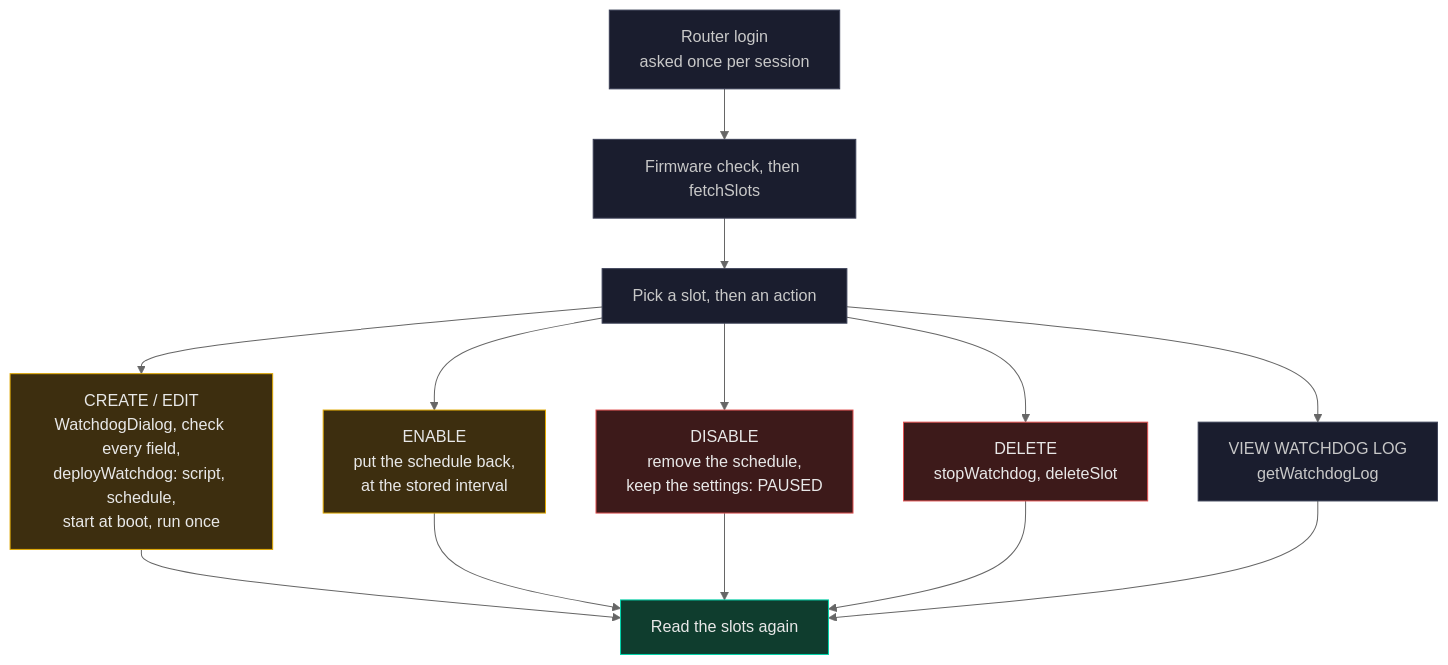
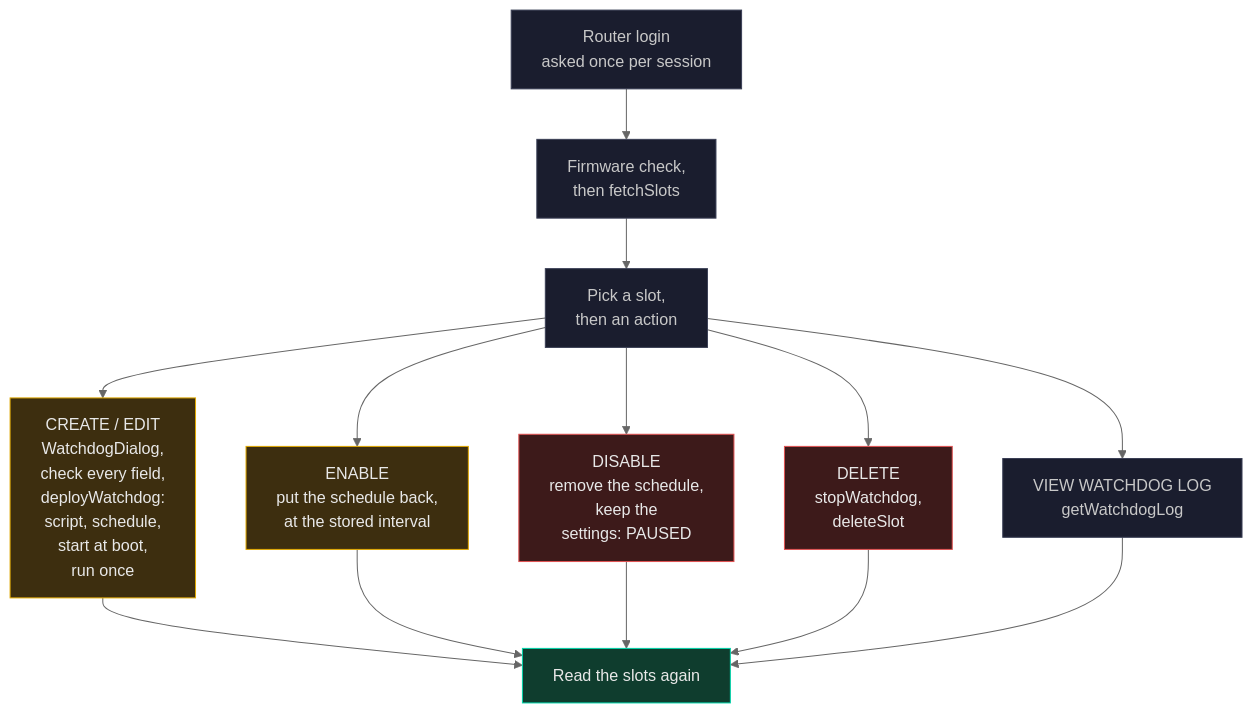
The fourth of 8 diagrams in ARCHITECTURE.md (ExponentiallyDigital/cfg-pia-wg), drawn with Mermaid (neutral theme) before and after one commit. The commit also changed other lines of this file and 18 other files, not shown here.

Commit message:
v0.8.101 build 471 - two windows on the router's DNS, and a removed watchdog stays stopped

````diff
--- a/ARCHITECTURE.md
+++ b/ARCHITECTURE.md
@@ -235,25 +235,25 @@
 ```mermaid
 flowchart TB
-    E1["Router login<br/>asked once per session"] --> E3["Firmware check, then fetchSlots"]
-    E3 --> E5["Pick a slot, then an action"]
-    E5 --> W1["CREATE / EDIT<br/>WatchdogDialog, check every field,<br/>deployWatchdog: script, schedule,<br/>start at boot, run once"]
+    E1["Router login<br/>asked once per session"] --> E3["Firmware check,<br/>then fetchSlots"]
+    E3 --> E5["Pick a slot,<br/>then an action"]
+    E5 --> W1["CREATE / EDIT<br/>WatchdogDialog,<br/>check every field,<br/>deployWatchdog:<br/>script, schedule,<br/>start at boot,<br/>run once"]
     E5 --> W2["ENABLE<br/>put the schedule back,<br/>at the stored interval"]
-    E5 --> W3["DISABLE<br/>remove the schedule,<br/>keep the settings: PAUSED"]
-    E5 --> W4["DELETE<br/>stopWatchdog, deleteSlot"]
+    E5 --> W3["DISABLE<br/>remove the schedule,<br/>keep the<br/>settings: PAUSED"]
+    E5 --> W4["DELETE<br/>stopWatchdog,<br/>deleteSlot"]
     E5 --> W5["VIEW WATCHDOG LOG<br/>getWatchdogLog"]
     W1 --> R["Read the slots again"]
     W2 --> R
     W3 --> R
     W4 --> R
     W5 --> R
 
     classDef go fill:#0F3D2E,stroke:#00D4AA,color:#E8E8E8
     classDef bad fill:#3D1A1A,stroke:#E05252,color:#E8E8E8
     classDef work fill:#3D2E0F,stroke:#E0A800,color:#E8E8E8
     classDef step fill:#1A1D2E,stroke:#3A3F55,color:#C8C8C8
     class W1,W2 work
     class W3,W4 bad
     class W5 step
     class R go
     class E1,E3,E5 step
 ```
````
